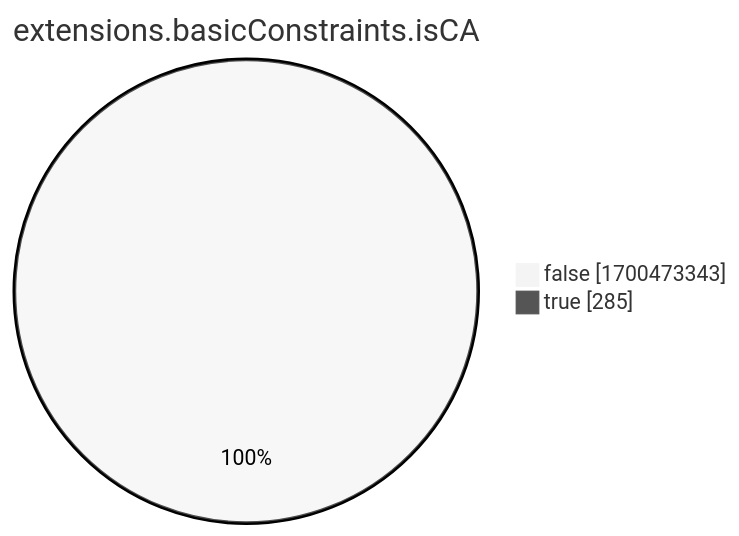
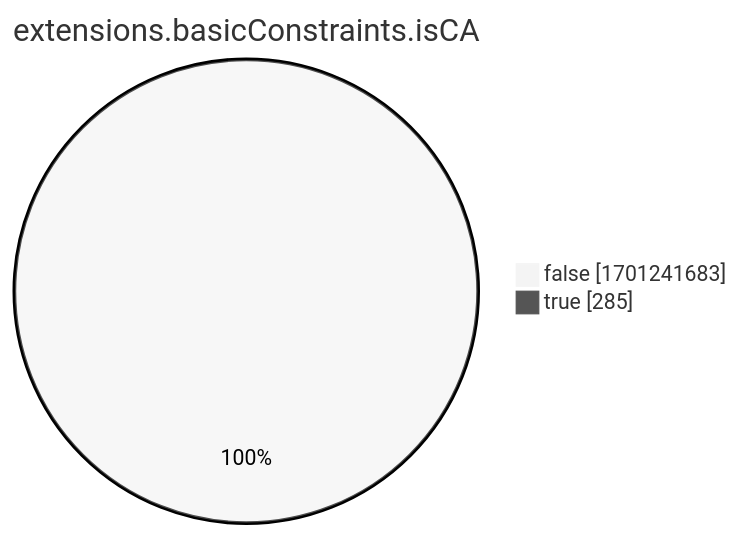
The eighth of 15 diagrams in xenon2022/README.md (christiankrug/ctmonitor_visualization), drawn with Mermaid (neutral theme) before and after one commit. The commit also changed other lines of this file, not shown here.

````diff
--- a/xenon2022/README.md
+++ b/xenon2022/README.md
@@ -2865,6 +2865,6 @@
 ```mermaid
 pie showData
 title extensions.basicConstraints.isCA
-"false" :1700473343
+"false" :1701241683
 "true" :285
 ```
````
